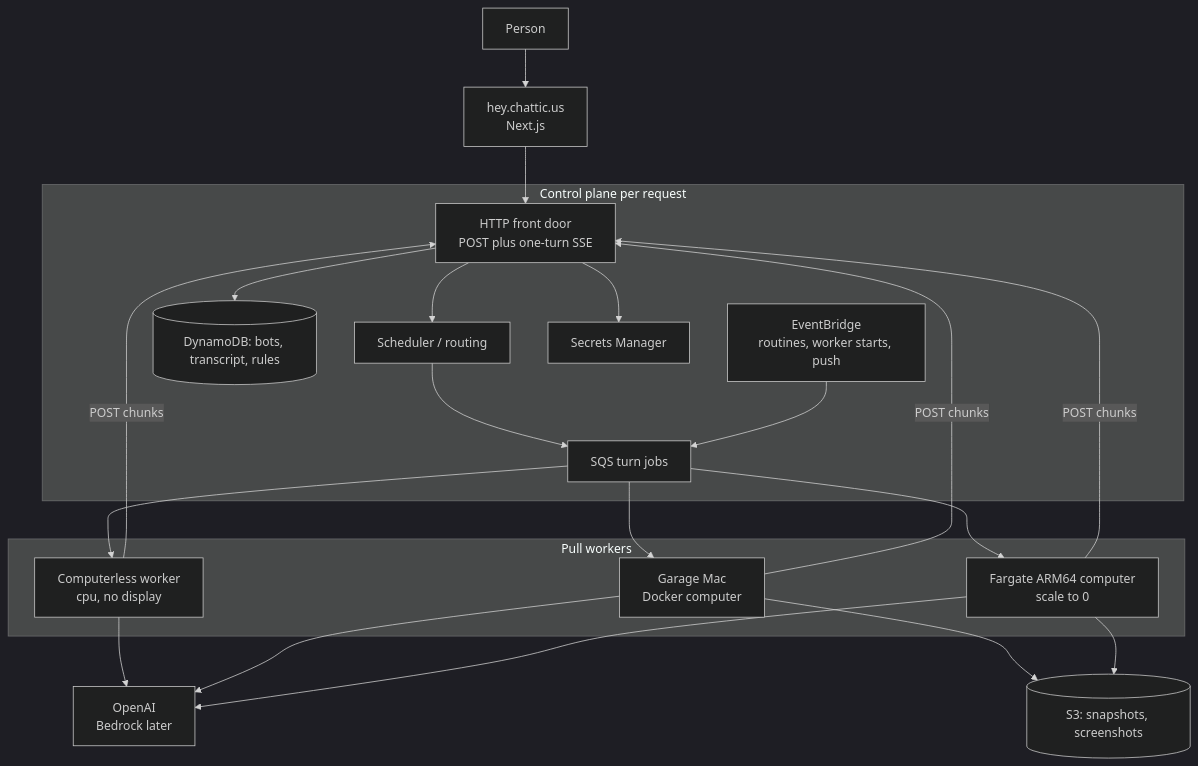
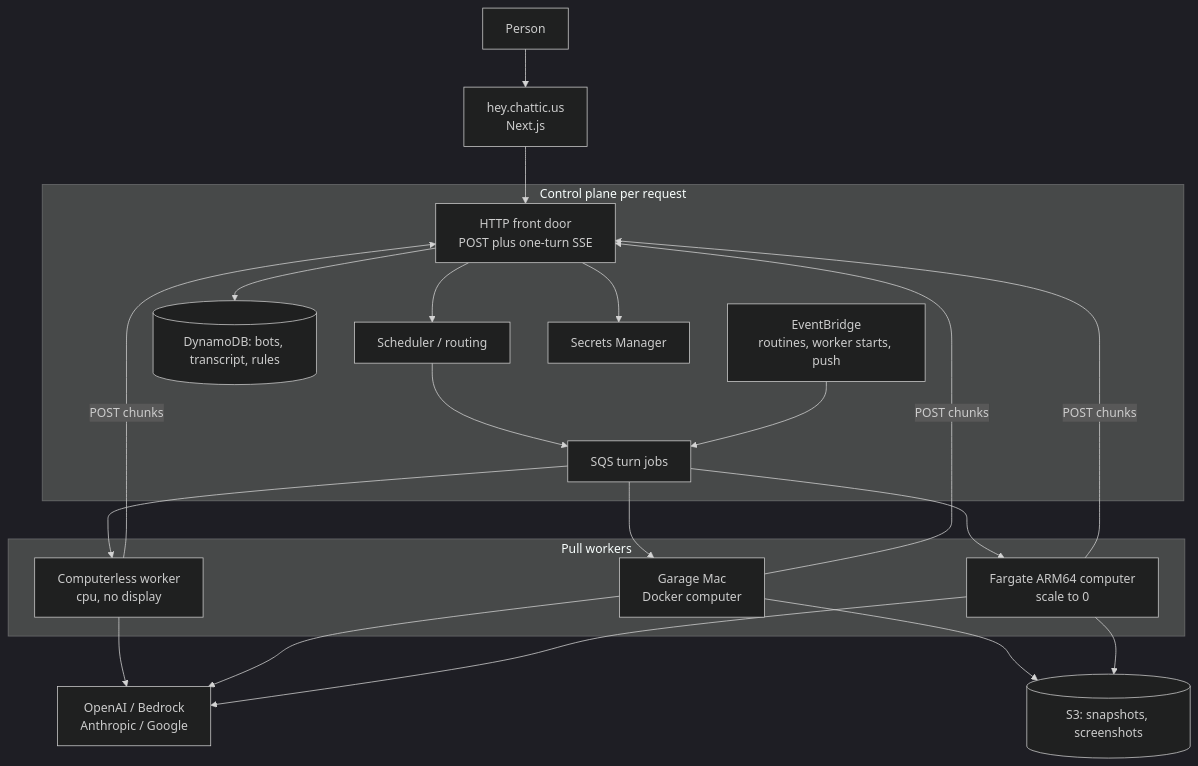
The third of 3 diagrams in README.md (AnthusAI/Chatticus), drawn with Mermaid (dark theme) before and after one commit. The commit also changed other lines of this file and 48 other files, not shown here.

````diff
--- a/README.md
+++ b/README.md
@@ -319,41 +320,41 @@
 ```mermaid
 flowchart TB
   Person["Person"]
   Web["hey.chattic.us<br/>Next.js"]
 
   subgraph control [Control plane per request]
     FD["HTTP front door<br/>POST plus one-turn SSE"]
     Sched["Scheduler / routing"]
     DDB[("DynamoDB: bots, transcript, rules")]
     SQS["SQS turn jobs"]
     EB["EventBridge<br/>routines, worker starts, push"]
     SM["Secrets Manager"]
   end
 
   subgraph workers [Pull workers]
     CL["Computerless worker<br/>cpu, no display"]
     Local["Garage Mac<br/>Docker computer"]
     Far["Fargate ARM64 computer<br/>scale to 0"]
   end
 
   S3[("S3: snapshots, screenshots")]
-  LLM["OpenAI<br/>Bedrock later"]
+  LLM["OpenAI / Bedrock<br/>Anthropic / Google"]
 
   Person --> Web --> FD
   FD --> DDB
   FD --> Sched
   Sched --> SQS
   EB --> SQS
   SQS --> CL
   SQS --> Local
   SQS --> Far
   CL --> LLM
   Local --> LLM
   Far --> LLM
   CL -->|"POST chunks"| FD
   Local -->|"POST chunks"| FD
   Far -->|"POST chunks"| FD
   Local --> S3
   Far --> S3
   FD --> SM
 ```
````
